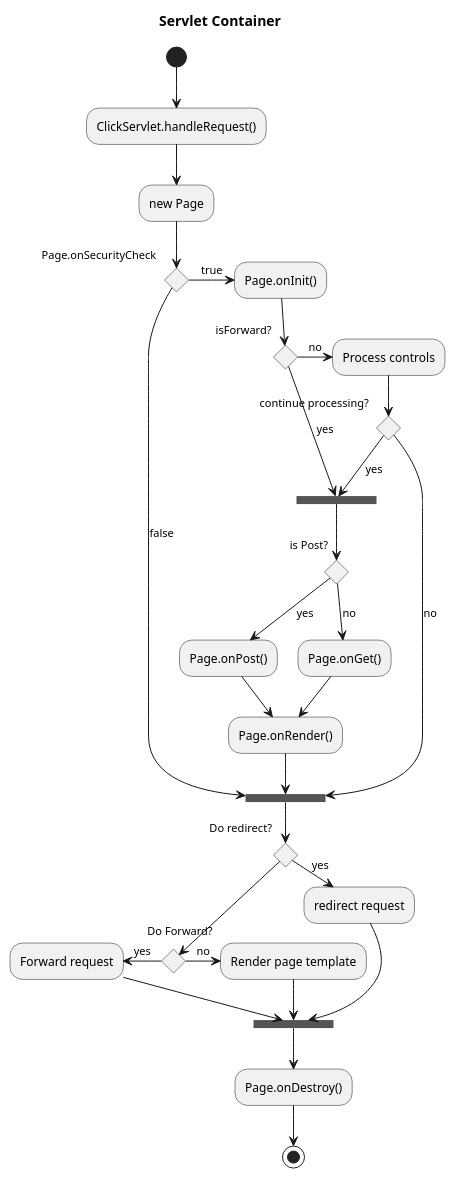
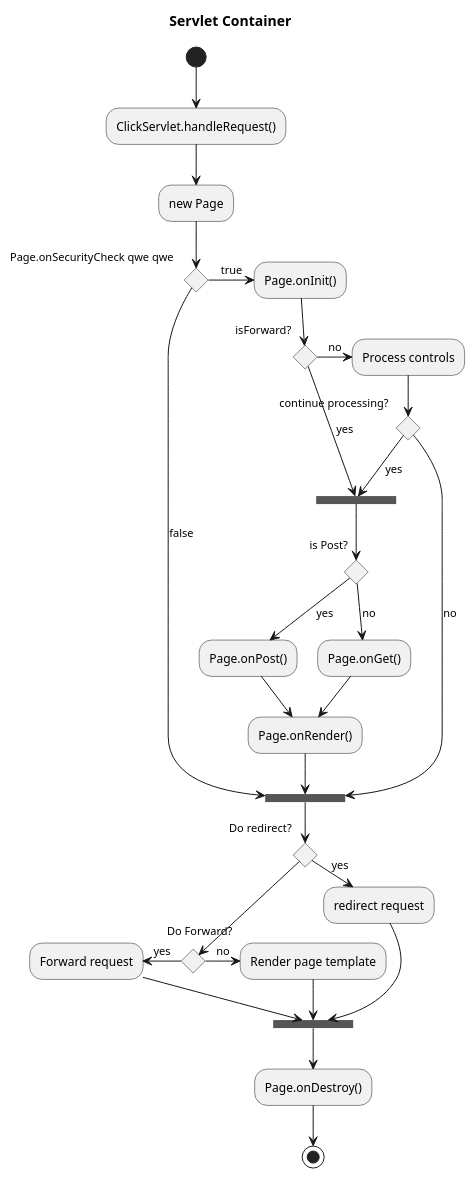
Before and after one commit to ShloEmi/CS.Net6.Sandbox: the diagram in doc/HLD/UMLExample.puml, drawn with PlantUML.

Commit message:
+\CS.Net6.Sandbox\doc\HLD\UMLExample.puml

```diff
--- a/doc/HLD/UMLExample.puml
+++ b/doc/HLD/UMLExample.puml
@@ -1,54 +1,54 @@
 @startuml
 title Servlet Container
 
 ' CR remarks..  1
 (*) --> "ClickServlet.handleRequest()"
 --> "new Page"
 
 ' CR remarks..  2
-if "Page.onSecurityCheck" then
+if "Page.onSecurityCheck qwe qwe " then
   ->[true] "Page.onInit()"
 
   if "isForward?" then
    ->[no] "Process controls"
 
    if "continue processing?" then
      -->[yes] ===RENDERING===
    else
      -->[no] ===REDIRECT_CHECK===
    endif
 
   else
    -->[yes] ===RENDERING===
   endif
 
   if "is Post?" then
     -->[yes] "Page.onPost()"
     --> "Page.onRender()" as render
     --> ===REDIRECT_CHECK===
   else
     -->[no] "Page.onGet()"
     --> render
   endif
 
 else
   -->[false] ===REDIRECT_CHECK===
 endif
 
 if "Do redirect?" then
  ->[yes] "redirect request"
  --> ==BEFORE_DESTROY===
 else
  if "Do Forward?" then
   -left->[yes] "Forward request"
   --> ==BEFORE_DESTROY===
  else
   -right->[no] "Render page template"
   --> ==BEFORE_DESTROY===
  endif
 endif
 
 --> "Page.onDestroy()"
 -->(*)
 
 @enduml
```
